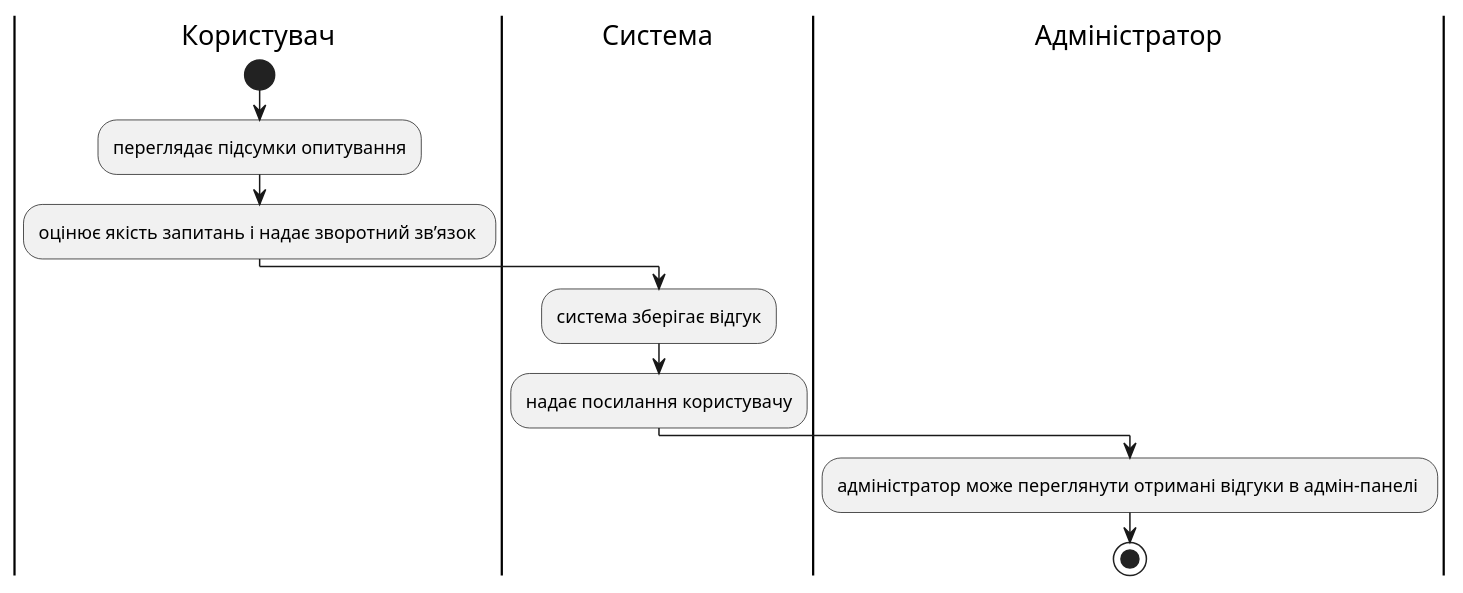
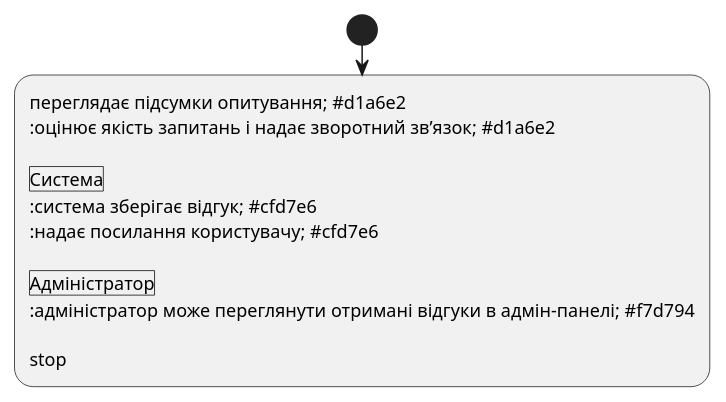
One commit to sunnytea0/db_labs_my changed the third of 3 diagrams in docs/use cases/README.md. Above: the diagram before and after it, drawn with PlantUML. The commit also changed other lines of this file, not shown here.

```diff
--- a/docs/use cases/README.md
+++ b/docs/use cases/README.md
@@ -216,17 +216,17 @@
 @startuml
 
     |Користувач|
     start;
-    :переглядає підсумки опитування;
-    :оцінює якість запитань і надає зворотний зв’язок ;
+    :переглядає підсумки опитування; #d1a6e2
+    :оцінює якість запитань і надає зворотний зв’язок; #d1a6e2
 
     |Система|
-    :система зберігає відгук;
-    :надає посилання користувачу;
+    :система зберігає відгук; #cfd7e6
+    :надає посилання користувачу; #cfd7e6
 
     |Адміністратор|
-    :адміністратор може переглянути отримані відгуки в адмін-панелі ;
+    :адміністратор може переглянути отримані відгуки в адмін-панелі; #f7d794
     
     stop;
 
 @enduml
```
